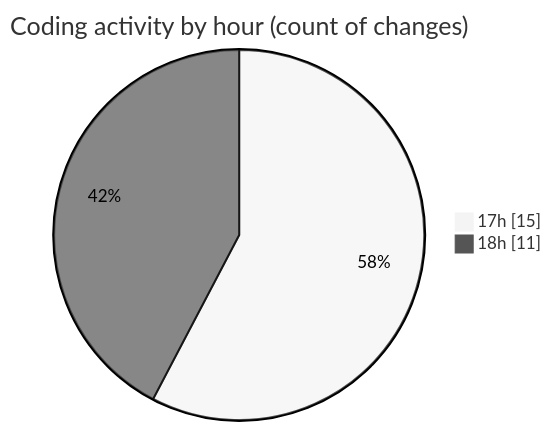
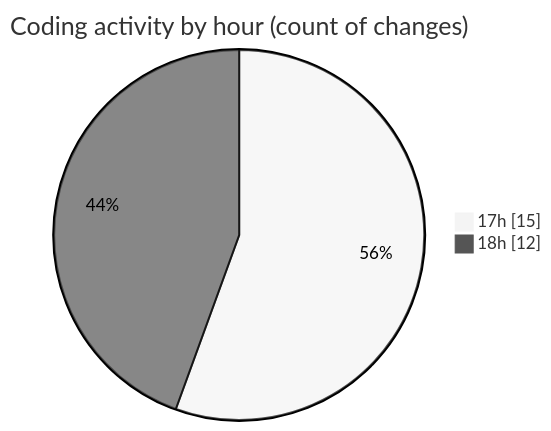
Before and after one commit to charlie-sans/code-tracking: the second of 2 diagrams in 2025-03-09/jmasm/README.md, drawn with Mermaid (neutral theme). The commit also changed other lines of this file and 1 other file, not shown here.

````diff
--- a/2025-03-09/jmasm/README.md
+++ b/2025-03-09/jmasm/README.md
@@ -46,6 +47,6 @@
 ```mermaid
 pie showData
 title Coding activity by hour (count of changes)
 "17h" : 15
-"18h" : 11
+"18h" : 12
 ```
````
